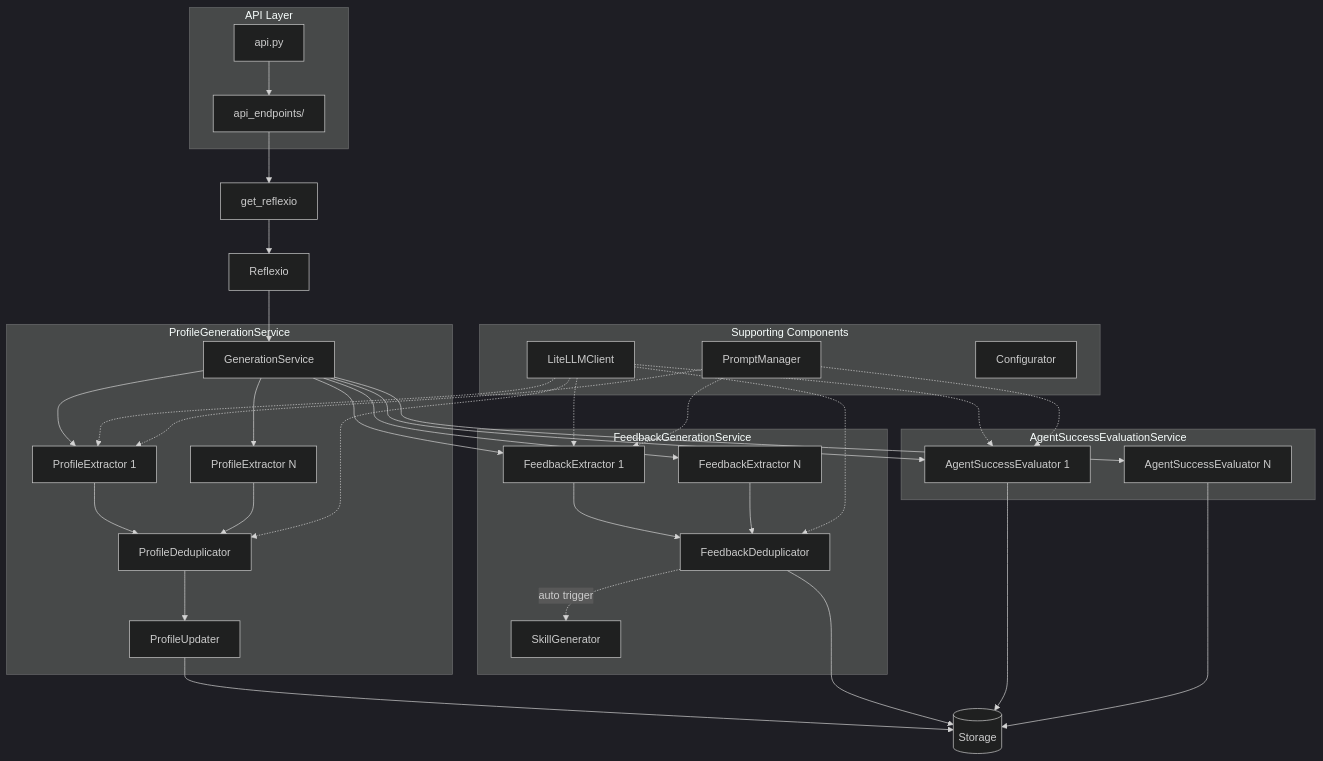
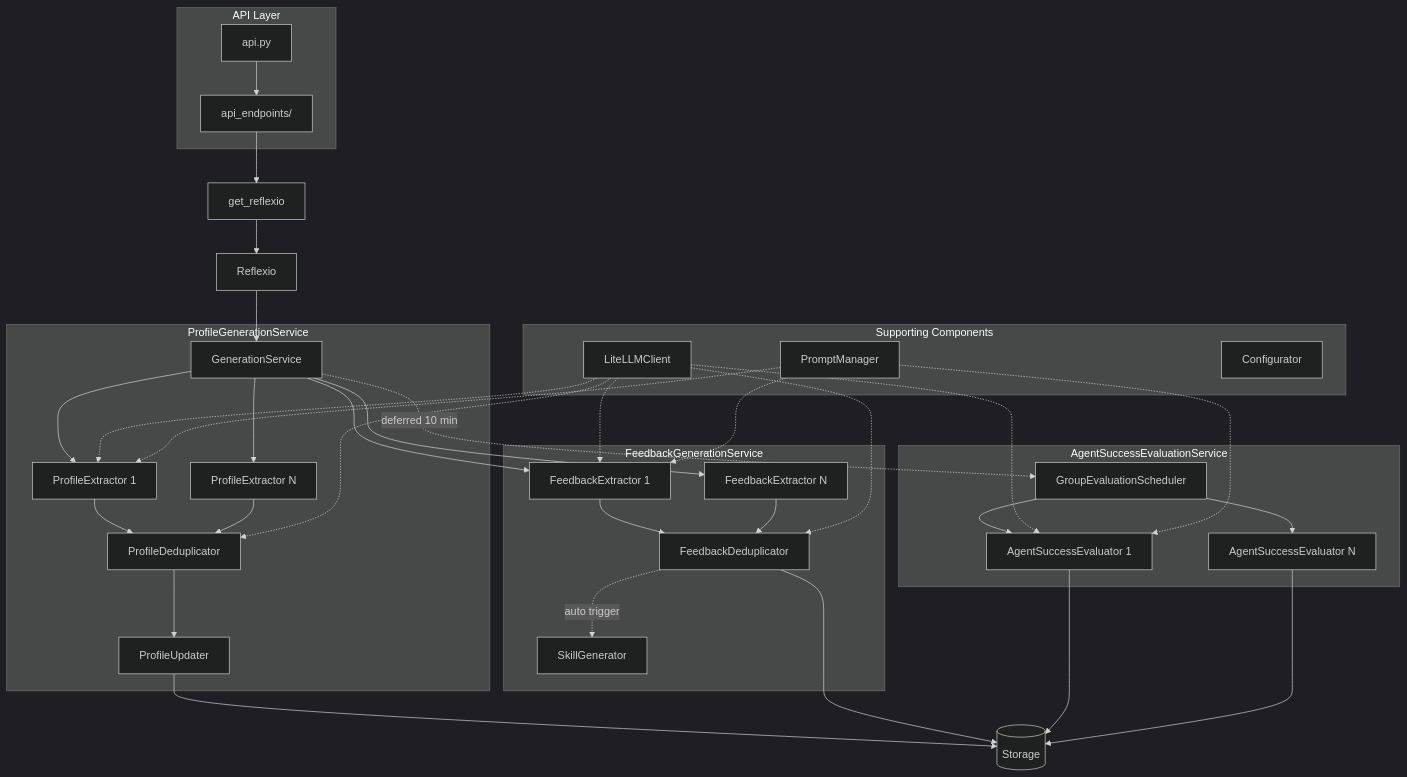
One commit to yyiilluu/reflexio-enterprise changed the diagram in reflexio/server/README.md. Above: the diagram before and after it, drawn with Mermaid (dark theme). The commit also changed other lines of this file and 93 other files, not shown here.

First line of the commit message:
feat: rename request_group to session_id and add deferred group evaluation (#9)

````diff
--- a/reflexio/server/README.md
+++ b/reflexio/server/README.md
@@ -502,51 +507,52 @@
 ```mermaid
 flowchart TB
     subgraph API["API Layer"]
         A[api.py] --> B[api_endpoints/]
     end
 
     B --> C[get_reflexio]
     C --> D[Reflexio]
     D --> E[GenerationService]
 
     subgraph ProfileService["ProfileGenerationService"]
         E --> F1[ProfileExtractor 1]
         E --> F2[ProfileExtractor N]
         F1 --> PD[ProfileDeduplicator]
         F2 --> PD
         PD --> PU[ProfileUpdater]
     end
 
     subgraph FeedbackService["FeedbackGenerationService"]
         E --> G1[FeedbackExtractor 1]
         E --> G2[FeedbackExtractor N]
         G1 --> FD[FeedbackDeduplicator]
         G2 --> FD
         FD -.->|auto trigger| SG[SkillGenerator]
     end
 
     subgraph EvalService["AgentSuccessEvaluationService"]
-        E --> H1[AgentSuccessEvaluator 1]
-        E --> H2[AgentSuccessEvaluator N]
+        E -.->|deferred 10 min| SCH[GroupEvaluationScheduler]
+        SCH --> H1[AgentSuccessEvaluator 1]
+        SCH --> H2[AgentSuccessEvaluator N]
     end
 
     PU --> I[(Storage)]
     FD --> I
     H1 --> I
     H2 --> I
 
     subgraph Support["Supporting Components"]
         J[LiteLLMClient]
         K[PromptManager]
         L[Configurator]
     end
 
     J -.-> F1
     J -.-> G1
     J -.-> H1
     J -.-> PD
     J -.-> FD
     K -.-> F1
     K -.-> G1
     K -.-> H1
 ```
````
